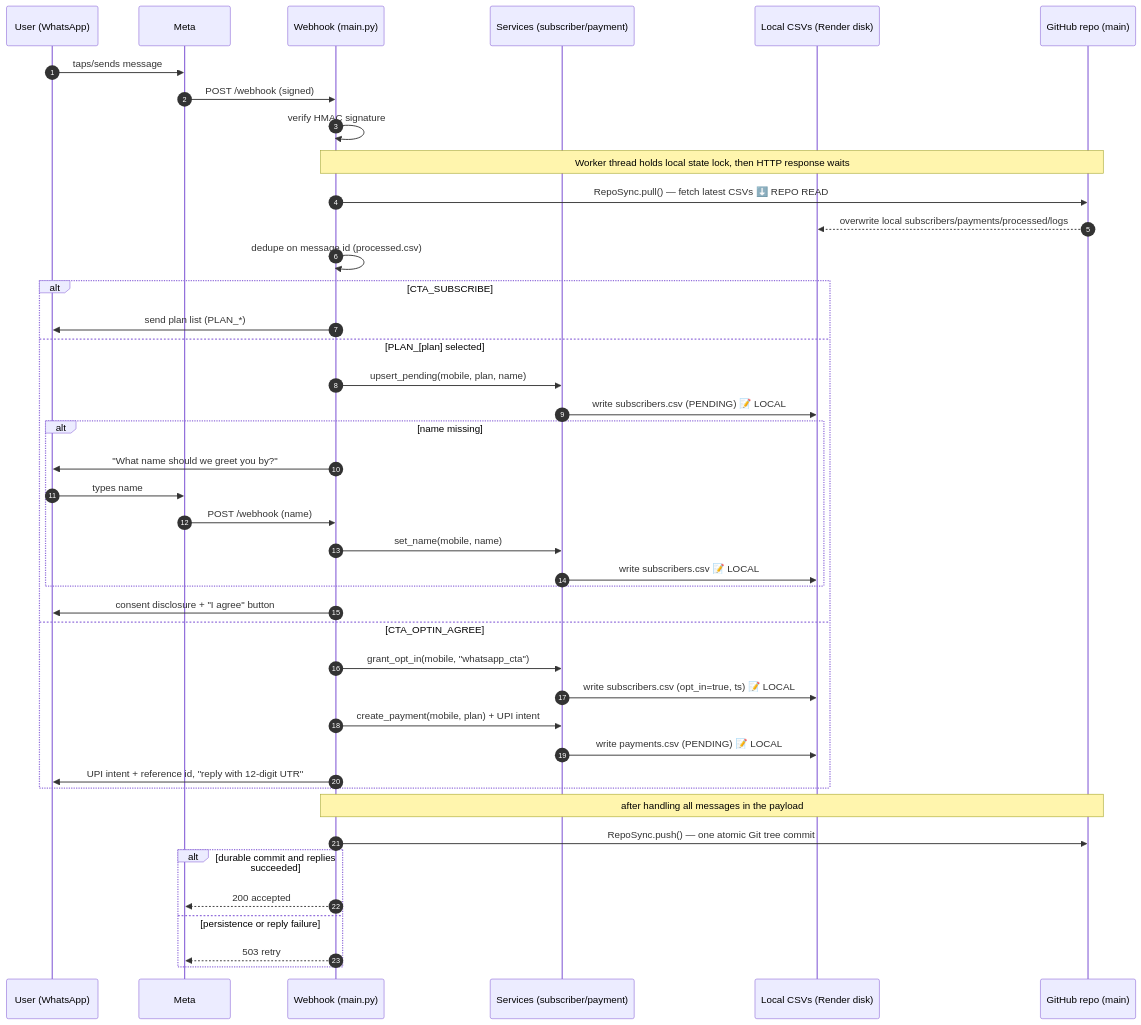
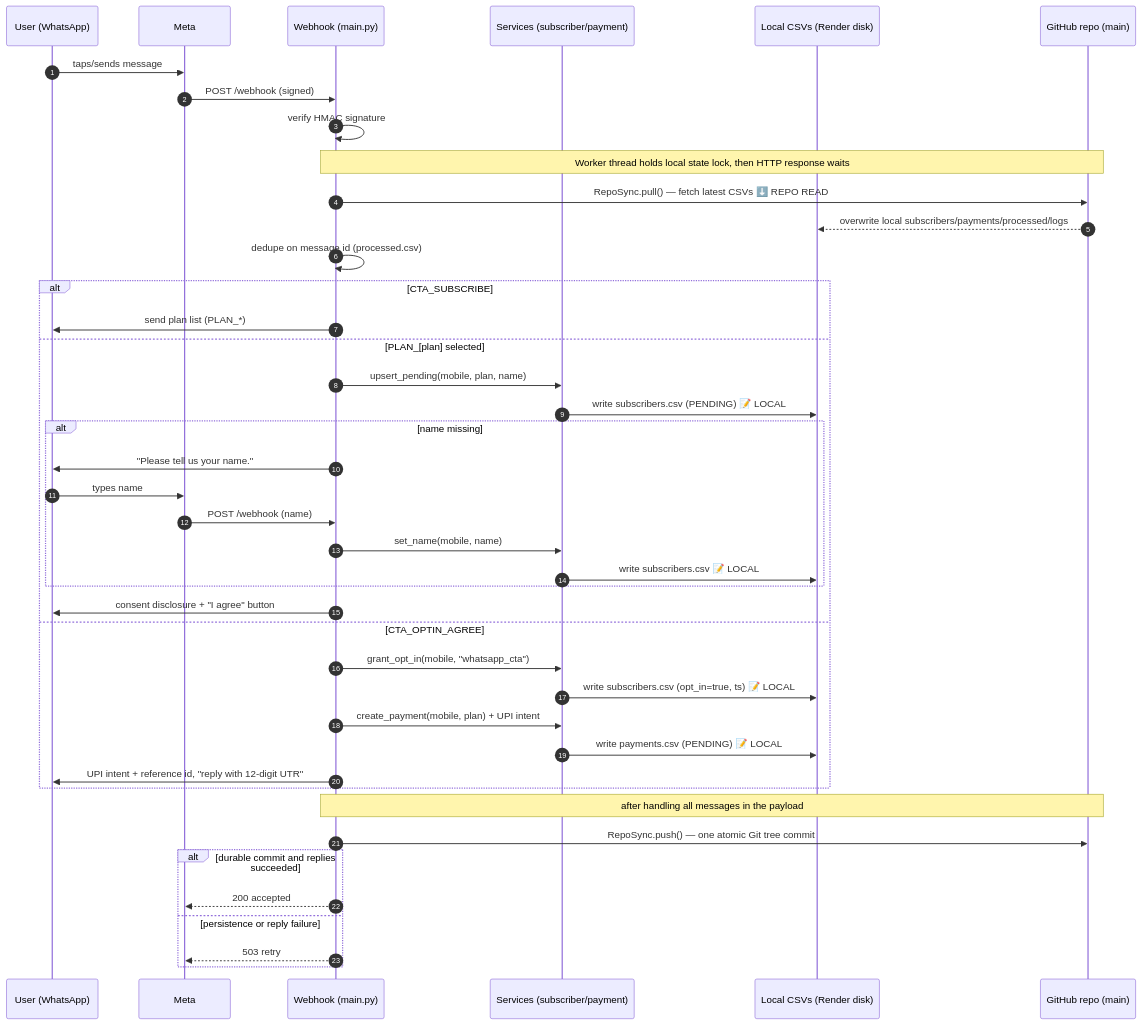
The third of 10 diagrams in sequence-diagrams.md (mishnit/daily-darshan), drawn with Mermaid before and after one commit. The commit also changed 5 other files, not shown here.

````diff
--- a/sequence-diagrams.md
+++ b/sequence-diagrams.md
@@ -149,48 +149,48 @@
 ```mermaid
 sequenceDiagram
     autonumber
     participant User as User (WhatsApp)
     participant Meta
     participant Web as Webhook (main.py)
     participant Svc as Services (subscriber/payment)
     participant Local as Local CSVs (Render disk)
     participant Repo as GitHub repo (main)
 
     User->>Meta: taps/sends message
     Meta->>Web: POST /webhook (signed)
     Web->>Web: verify HMAC signature
     Note over Web,Repo: Worker thread holds local state lock, then HTTP response waits
     Web->>Repo: RepoSync.pull() — fetch latest CSVs  ⬇️ REPO READ
     Repo-->>Local: overwrite local subscribers/payments/processed/logs
 
     Web->>Web: dedupe on message id (processed.csv)
 
     alt CTA_SUBSCRIBE
         Web->>User: send plan list (PLAN_*)
     else PLAN_[plan] selected
         Web->>Svc: upsert_pending(mobile, plan, name)
         Svc->>Local: write subscribers.csv (PENDING)  📝 LOCAL
         alt name missing
-            Web->>User: "What name should we greet you by?"
+            Web->>User: "Please tell us your name."
             User->>Meta: types name
             Meta->>Web: POST /webhook (name)
             Web->>Svc: set_name(mobile, name)
             Svc->>Local: write subscribers.csv  📝 LOCAL
         end
         Web->>User: consent disclosure + "I agree" button
     else CTA_OPTIN_AGREE
         Web->>Svc: grant_opt_in(mobile, "whatsapp_cta")
         Svc->>Local: write subscribers.csv (opt_in=true, ts)  📝 LOCAL
         Web->>Svc: create_payment(mobile, plan) + UPI intent
         Svc->>Local: write payments.csv (PENDING)  📝 LOCAL
         Web->>User: UPI intent + reference id, "reply with 12-digit UTR"
     end
 
     Note over Web,Repo: after handling all messages in the payload
     Web->>Repo: RepoSync.push() — one atomic Git tree commit
     alt durable commit and replies succeeded
         Web-->>Meta: 200 accepted
     else persistence or reply failure
         Web-->>Meta: 503 retry
     end
 ```
````
